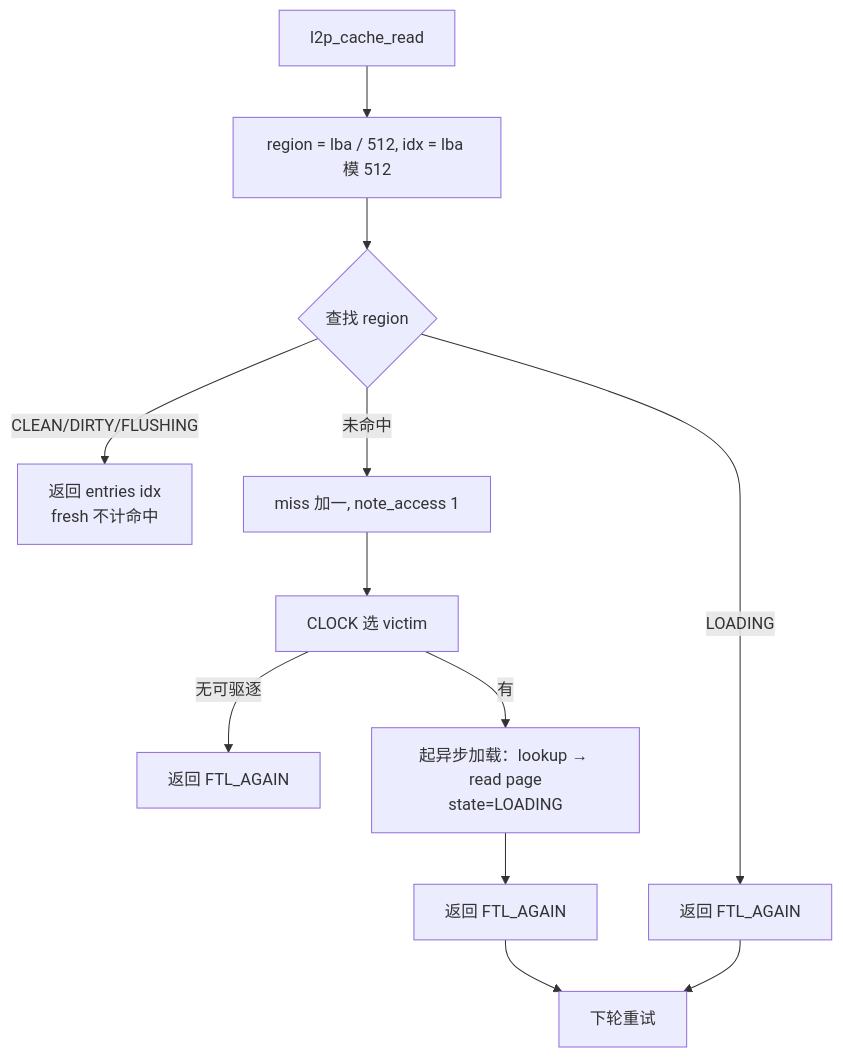
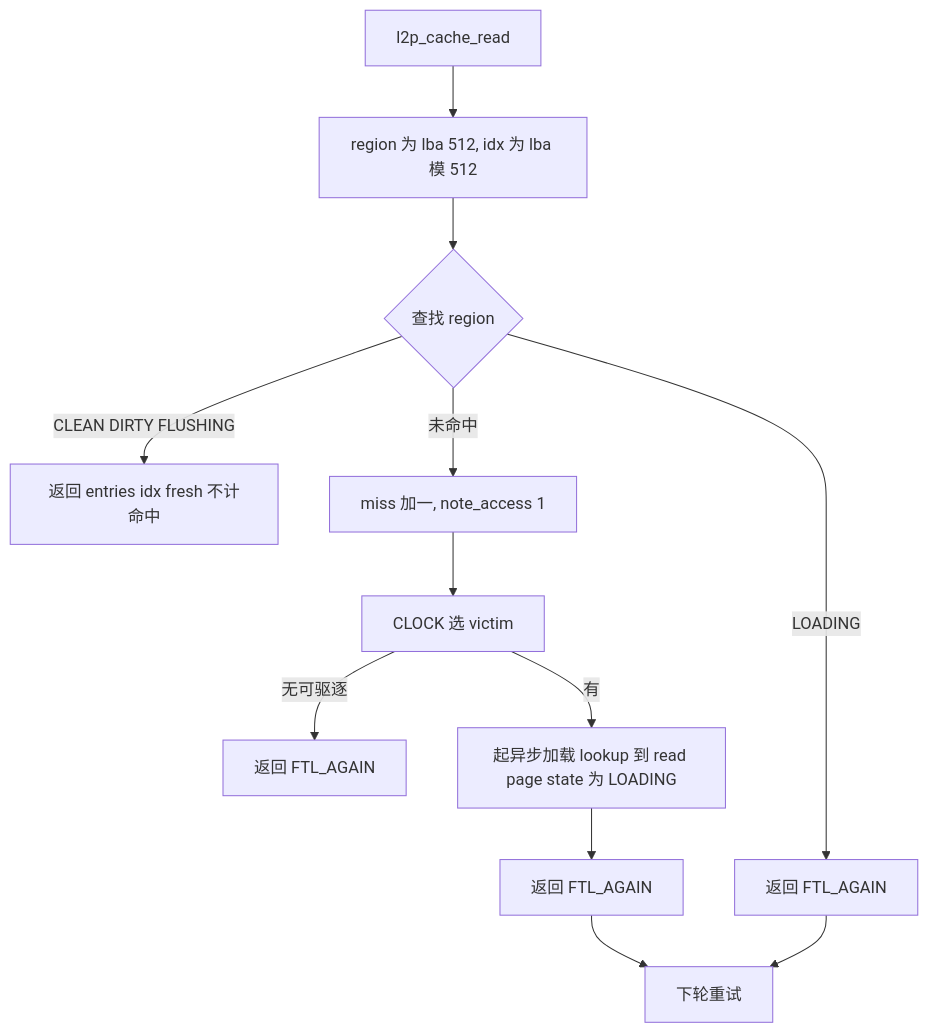
Before and after one commit to YzYMIAO/BASESSD: the tenth of 28 diagrams in docs/design/ftl_design.md, drawn with Mermaid. The commit also changed other lines of this file, not shown here.

First line of the commit message:
docs(ftl): 将 stateDiagram 全部改为 flowchart 并收敛标签字符集

````diff
--- a/docs/design/ftl_design.md
+++ b/docs/design/ftl_design.md
@@ -1520,14 +1539,14 @@
 ```mermaid
 flowchart TD
-    A["l2p_cache_read"] --> B["region = lba / 512, idx = lba 模 512"]
+    A["l2p_cache_read"] --> B["region 为 lba 512, idx 为 lba 模 512"]
     B --> C{"查找 region"}
     C -- "LOADING" --> D["返回 FTL_AGAIN"]
-    C -- "CLEAN/DIRTY/FLUSHING" --> E["返回 entries idx <br/>fresh 不计命中"]
+    C -- "CLEAN DIRTY FLUSHING" --> E["返回 entries idx fresh 不计命中"]
     C -- "未命中" --> F["miss 加一, note_access 1"]
     F --> G["CLOCK 选 victim"]
     G -- "无可驱逐" --> H["返回 FTL_AGAIN"]
-    G -- "有" --> I["起异步加载：lookup → read page<br/>state=LOADING"]
+    G -- "有" --> I["起异步加载 lookup 到 read page state 为 LOADING"]
     I --> J["返回 FTL_AGAIN"]
     J --> K["下轮重试"]
     D --> K
 ```
````
